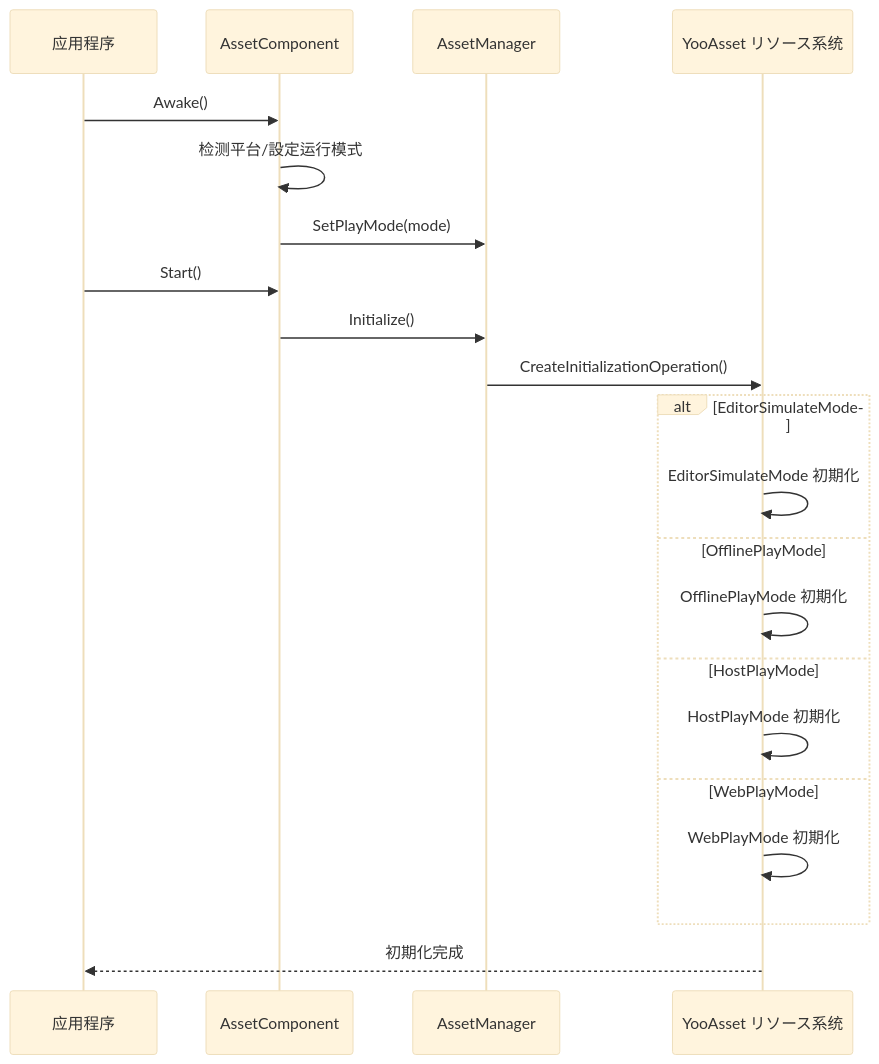
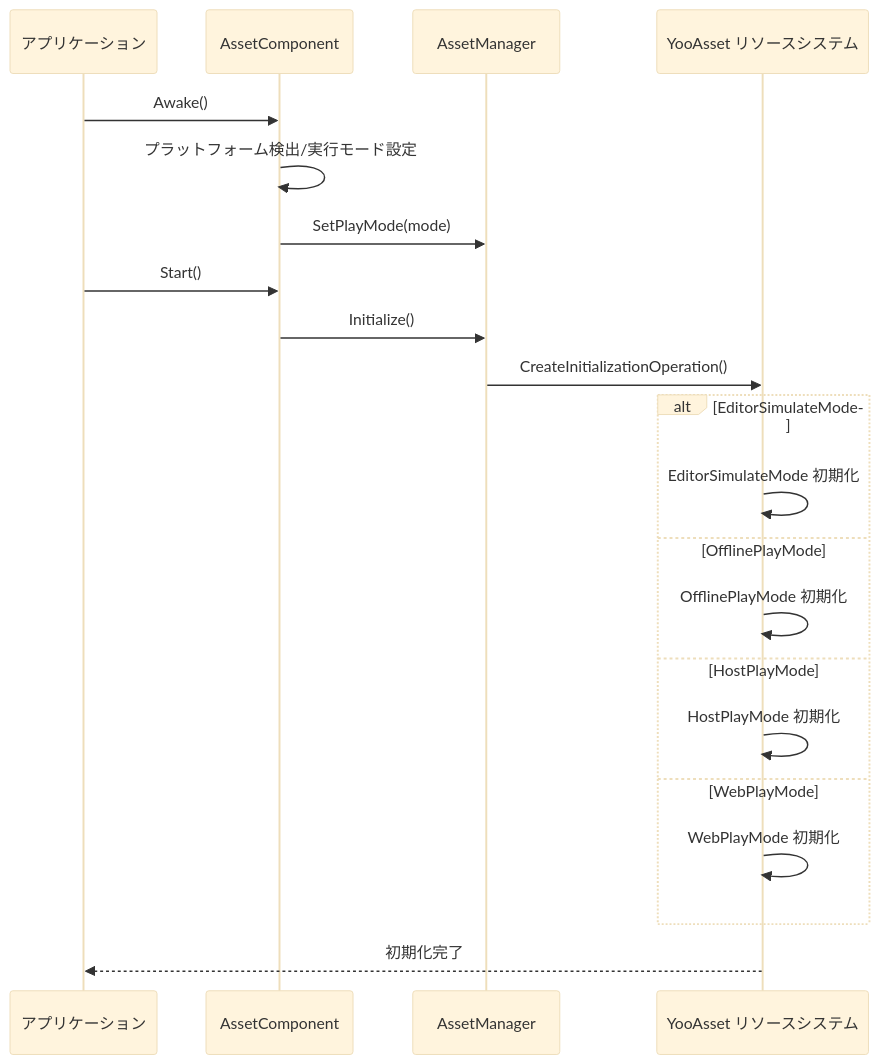
One commit to AlianBlank/GameFrameX.Docs changed the second of 2 diagrams in docs/ja/client/unity/component/asset/16.platforms.md. Above: the diagram before and after it, drawn with Mermaid (base theme). The commit also changed other lines of this file and 320 other files, not shown here.

````diff
--- a/docs/ja/client/unity/component/asset/16.platforms.md
+++ b/docs/ja/client/unity/component/asset/16.platforms.md
@@ -97,26 +97,26 @@
 ```mermaid
 sequenceDiagram
-    participant App as 应用程序
+    participant App as アプリケーション
     participant AssetComp as AssetComponent
     participant AssetMgr as AssetManager
-    participant YooAsset as YooAsset リソース系统
-    
+    participant YooAsset as YooAsset リソースシステム
+
     App->>AssetComp: Awake()
-    AssetComp->>AssetComp: 检测平台/設定运行模式
+    AssetComp->>AssetComp: プラットフォーム検出/実行モード設定
     AssetComp->>AssetMgr: SetPlayMode(mode)
     App->>AssetComp: Start()
     AssetComp->>AssetMgr: Initialize()
     AssetMgr->>YooAsset: CreateInitializationOperation()
-    
+
     alt EditorSimulateMode
         YooAsset->>YooAsset: EditorSimulateMode 初期化
     else OfflinePlayMode
         YooAsset->>YooAsset: OfflinePlayMode 初期化
     else HostPlayMode
         YooAsset->>YooAsset: HostPlayMode 初期化
     else WebPlayMode
         YooAsset->>YooAsset: WebPlayMode 初期化
     end
-    
-    YooAsset-->>App: 初期化完成
+
+    YooAsset-->>App: 初期化完了
 ```
````
